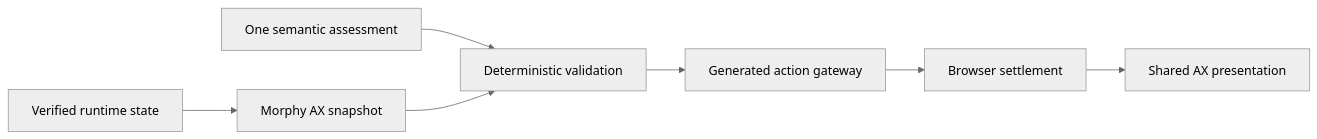
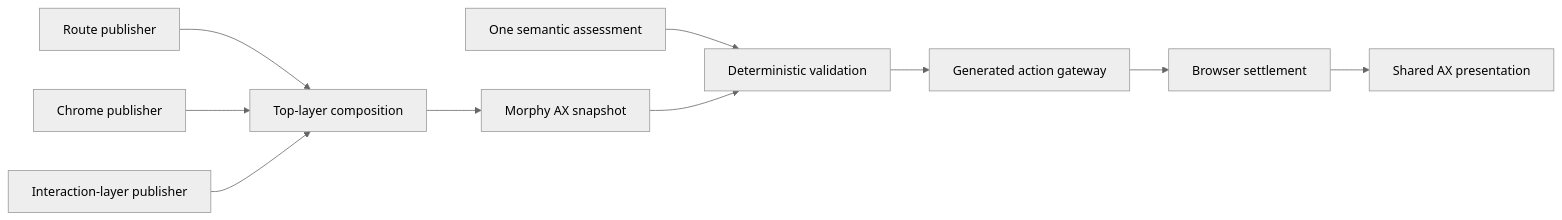
Before and after one commit to hushh-labs/hushh-research: the diagram in docs/reference/quality/morphy-agent-experience.md, drawn with Mermaid (neutral theme). The commit also changed other lines of this file and 66 other files, not shown here.

````diff
--- a/docs/reference/quality/morphy-agent-experience.md
+++ b/docs/reference/quality/morphy-agent-experience.md
@@ -9,9 +9,12 @@
 ```mermaid
 flowchart LR
-  sources["Verified runtime state"] --> ax["Morphy AX snapshot"]
+  route["Route publisher"] --> compose["Top-layer composition"]
+  chrome["Chrome publisher"] --> compose
+  layer["Interaction-layer publisher"] --> compose
+  compose --> ax["Morphy AX snapshot"]
   one["One semantic assessment"] --> policy["Deterministic validation"]
   ax --> policy
   policy --> gateway["Generated action gateway"]
   gateway --> settle["Browser settlement"]
   settle --> present["Shared AX presentation"]
 ```
````
